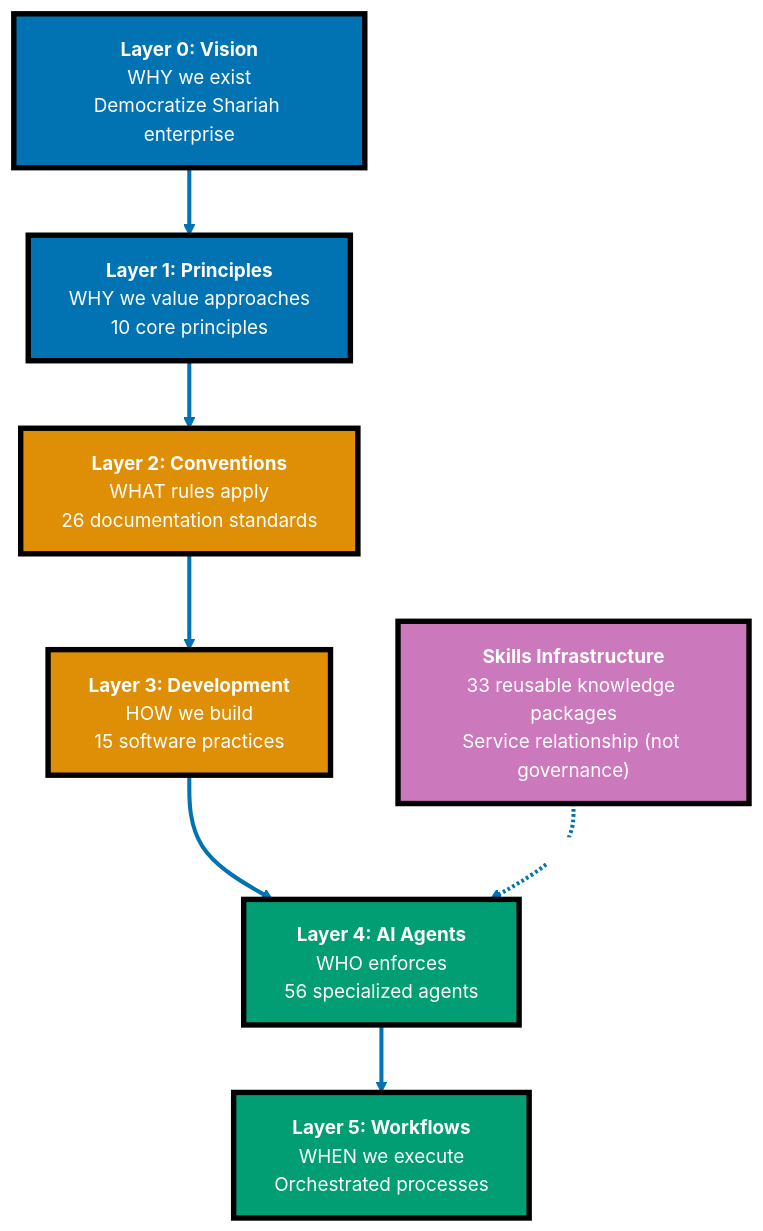
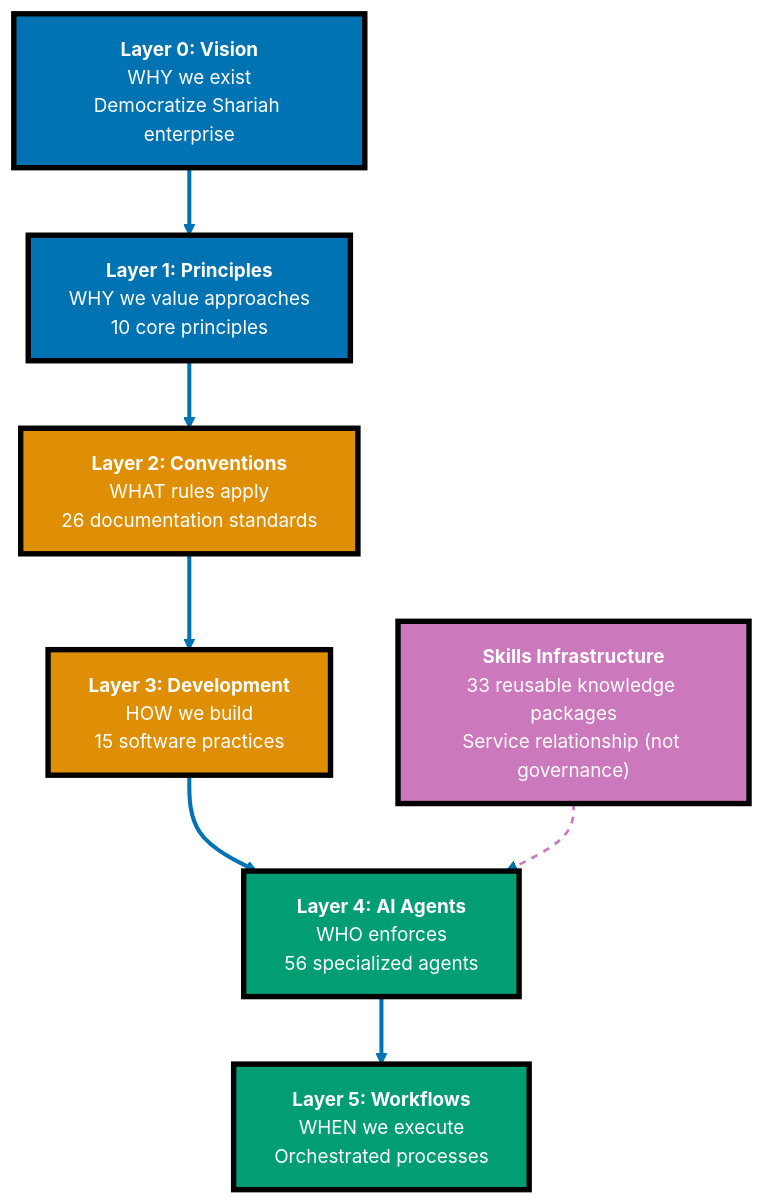
Before and after one commit to wahidyankf/open-sharia-enterprise: the second of 5 diagrams in apps/ose-platform-web/content/updates/2026-02-08-phase-0-end-of-phase-0.md, drawn with Mermaid. The commit also changed other lines of this file, not shown here.

First line of the commit message:
fix(ose-platform-web): improve diagram readability and tone down perfectionism

````diff
--- a/apps/ose-platform-web/content/updates/2026-02-08-phase-0-end-of-phase-0.md
+++ b/apps/ose-platform-web/content/updates/2026-02-08-phase-0-end-of-phase-0.md
@@ -72,30 +72,31 @@
 ```mermaid
 %%{init: {'theme':'base', 'themeVariables': { 'primaryColor':'#0173B2','primaryTextColor':'#fff','primaryBorderColor':'#000','lineColor':'#0173B2','secondaryColor':'#DE8F05','tertiaryColor':'#029E73','edgeLabelBackground':'#ffffff','fontFamily':'Arial','fontSize':'14px'}}}%%
 %% Color Palette: Blue #0173B2, Orange #DE8F05, Teal #029E73, Purple #CC78BC
 %% Six-Layer Governance Architecture - Traceability hierarchy
 
 graph TB
     L0["<b>Layer 0: Vision</b><br/>WHY we exist<br/>Democratize Shariah enterprise"]:::blue
     L1["<b>Layer 1: Principles</b><br/>WHY we value approaches<br/>10 core principles"]:::blue
     L2["<b>Layer 2: Conventions</b><br/>WHAT rules apply<br/>26 documentation standards"]:::orange
     L3["<b>Layer 3: Development</b><br/>HOW we build<br/>15 software practices"]:::orange
     L4["<b>Layer 4: AI Agents</b><br/>WHO enforces<br/>56 specialized agents"]:::teal
     L5["<b>Layer 5: Workflows</b><br/>WHEN we execute<br/>Orchestrated processes"]:::teal
 
     L0 ==> L1
     L1 ==> L2
     L2 ==> L3
     L3 ==> L4
     L4 ==> L5
 
     Skills["<b>Skills Infrastructure</b><br/>33 reusable knowledge packages<br/>Service relationship #40;not governance#41;"]:::purple
 
-    Skills -.->|<b>Serve</b>| L4
+    Skills -.-> L4
 
     classDef blue fill:#0173B2,stroke:#000000,color:#FFFFFF,stroke-width:4px
     classDef orange fill:#DE8F05,stroke:#000000,color:#FFFFFF,stroke-width:4px
     classDef teal fill:#029E73,stroke:#000000,color:#FFFFFF,stroke-width:4px
     classDef purple fill:#CC78BC,stroke:#000000,color:#FFFFFF,stroke-width:4px
 
     linkStyle default stroke:#0173B2,stroke-width:3px
+    linkStyle 5 stroke:#CC78BC,stroke-width:2px,stroke-dasharray:5
 ```
````
